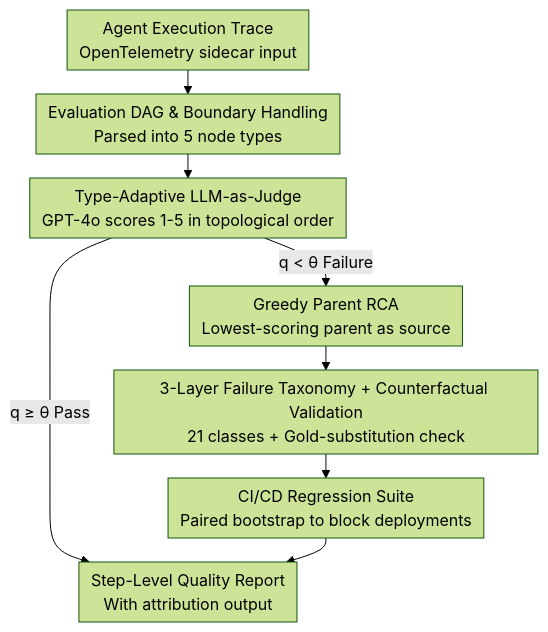
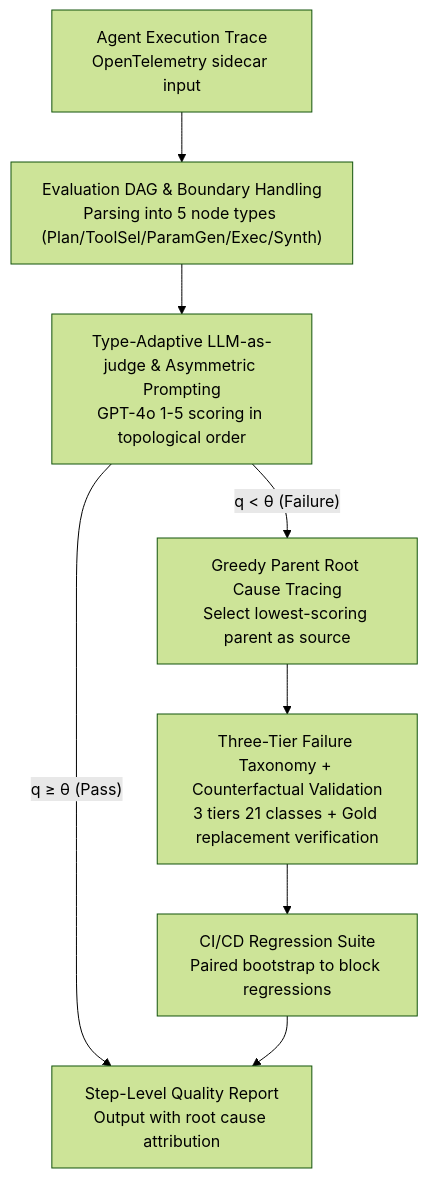
The diagram in docs/ACL2026/llm_evaluation/agenteval_dag-structured_step-level_evaluation_for_agentic_workflows_with_error_.md (zhaoyang97/Paper-Notes-en), drawn with Mermaid (forest theme) before and after one commit. The commit also changed other lines of this file and 5084 other files, not shown here.

````diff
--- a/docs/ACL2026/llm_evaluation/agenteval_dag-structured_step-level_evaluation_for_agentic_workflows_with_error_.md
+++ b/docs/ACL2026/llm_evaluation/agenteval_dag-structured_step-level_evaluation_for_agentic_workflows_with_error_.md
@@ -47,11 +47,10 @@
 ```mermaid
-%%{init: {'flowchart': {'rankSpacing': 24, 'nodeSpacing': 28, 'padding': 6, 'wrappingWidth': 400}}}%%
-flowchart TD
-    A["Agent Execution Trace<br/>OpenTelemetry sidecar input"] --> B["Evaluation DAG & Boundary Handling<br/>Parsed into 5 node types"]
-    B --> C["Type-Adaptive LLM-as-Judge<br/>GPT-4o scores 1-5 in topological order"]
-    C -->|"q < θ Failure"| D["Greedy Parent RCA<br/>Lowest-scoring parent as source"]
-    C -->|"q ≥ θ Pass"| G["Step-Level Quality Report<br/>With attribution output"]
-    D --> E["3-Layer Failure Taxonomy + Counterfactual Validation<br/>21 classes + Gold-substitution check"]
-    E --> F["CI/CD Regression Suite<br/>Paired bootstrap to block deployments"]
+graph TD
+    A["Agent Execution Trace<br/>OpenTelemetry sidecar input"] --> B["Evaluation DAG & Boundary Handling<br/>Parsing into 5 node types (Plan/ToolSel/ParamGen/Exec/Synth)"]
+    B --> C["Type-Adaptive LLM-as-judge & Asymmetric Prompting<br/>GPT-4o 1-5 scoring in topological order"]
+    C -->|"q < θ (Failure)"| D["Greedy Parent Root Cause Tracing<br/>Select lowest-scoring parent as source"]
+    C -->|"q ≥ θ (Pass)"| G["Step-Level Quality Report<br/>Output with root cause attribution"]
+    D --> E["Three-Tier Failure Taxonomy + Counterfactual Validation<br/>3 tiers 21 classes + Gold replacement verification"]
+    E --> F["CI/CD Regression Suite<br/>Paired bootstrap to block regressions"]
     F --> G
 ```
````
